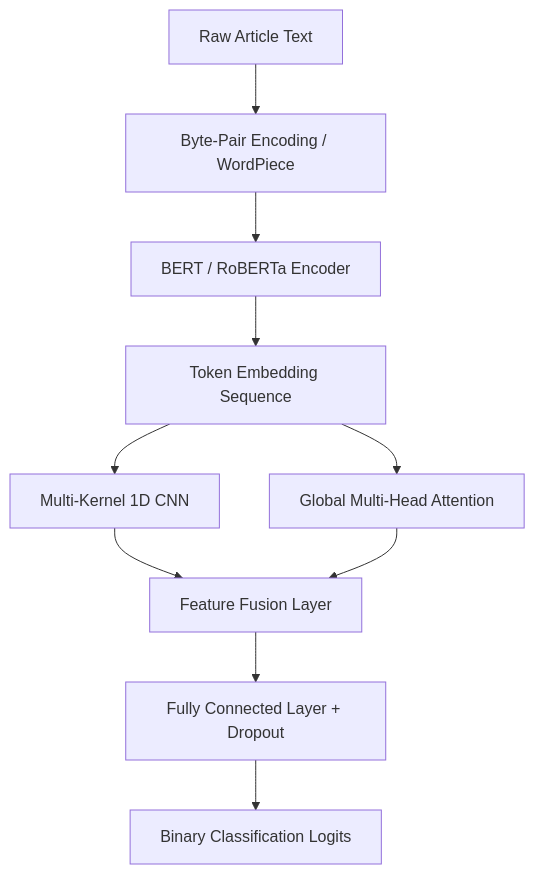
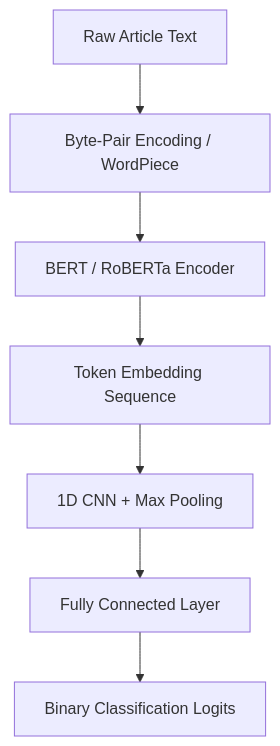
Before and after one commit to AbanoubElkess/abanoubelkess.github.io: the diagram in _projects/12_fake_news_detection.md, drawn with Mermaid. The commit also changed other lines of this file and 10 other files, not shown here.

````diff
--- a/_projects/12_fake_news_detection.md
+++ b/_projects/12_fake_news_detection.md
@@ -31,12 +26,9 @@
 ```mermaid
 graph TD
     Input[Raw Article Text] --> Tokenizer[Byte-Pair Encoding / WordPiece]
     Tokenizer --> Transformer[BERT / RoBERTa Encoder]
     Transformer --> Embeddings[Token Embedding Sequence]
-    Embeddings --> CNN[Multi-Kernel 1D CNN]
-    Embeddings --> Attn[Global Multi-Head Attention]
-    CNN --> Concat[Feature Fusion Layer]
-    Attn --> Concat
-    Concat --> Dense[Fully Connected Layer + Dropout]
+    Embeddings --> CNN[1D CNN + Max Pooling]
+    CNN --> Dense[Fully Connected Layer]
     Dense --> Output[Binary Classification Logits]
 ```
````
